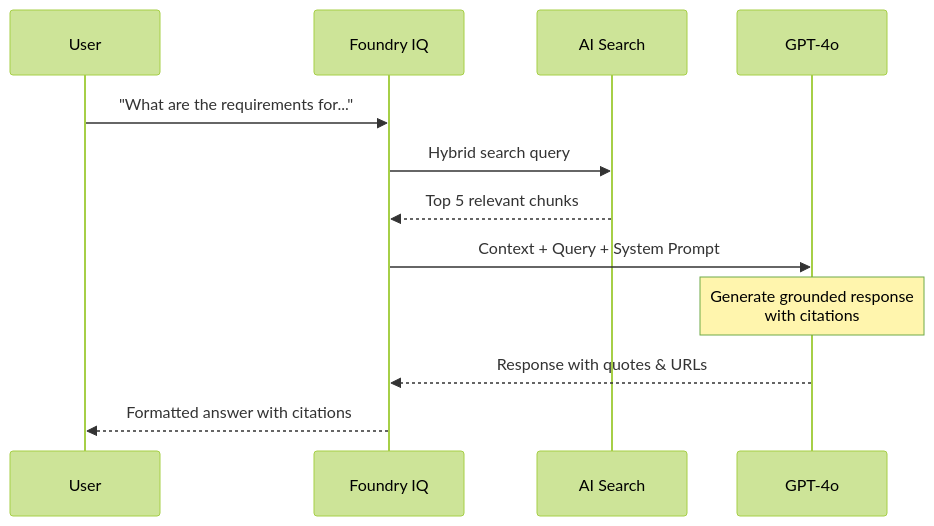
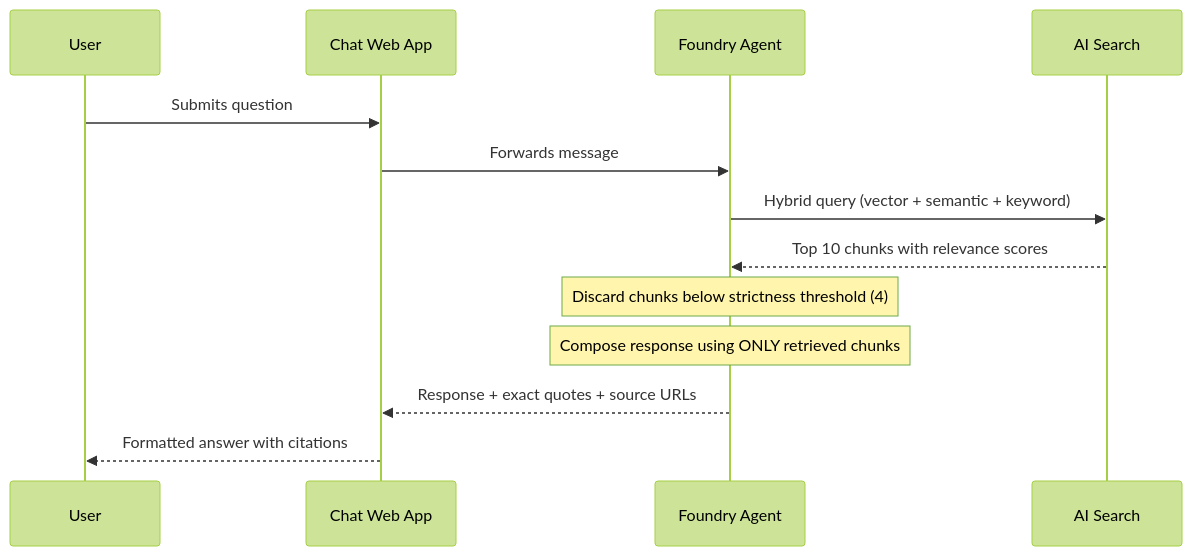
The second of 2 diagrams in docs/architecture.md (ricardo-msft-SE/policybot1), drawn with Mermaid (forest theme) before and after one commit. The commit also changed other lines of this file and 10 other files, not shown here.

````diff
--- a/docs/architecture.md
+++ b/docs/architecture.md
@@ -167,18 +100,19 @@
 ```mermaid
 sequenceDiagram
     participant User
-    participant Foundry as Foundry IQ
+    participant WebApp as Chat Web App
+    participant Agent as Foundry Agent
     participant Search as AI Search
-    participant LLM as GPT-4o
-    
-    User->>Foundry: "What are the requirements for..."
-    
-    Foundry->>Search: Hybrid search query
-    Search-->>Foundry: Top 5 relevant chunks
-    
-    Foundry->>LLM: Context + Query + System Prompt
-    Note over LLM: Generate grounded response<br/>with citations
-    
-    LLM-->>Foundry: Response with quotes & URLs
-    Foundry-->>User: Formatted answer with citations
+
+    User->>WebApp: Submits question
+    WebApp->>Agent: Forwards message
+
+    Agent->>Search: Hybrid query (vector + semantic + keyword)
+    Search-->>Agent: Top 10 chunks with relevance scores
+
+    Note over Agent: Discard chunks below strictness threshold (4)
+    Note over Agent: Compose response using ONLY retrieved chunks
+
+    Agent-->>WebApp: Response + exact quotes + source URLs
+    WebApp-->>User: Formatted answer with citations
 ```
````
